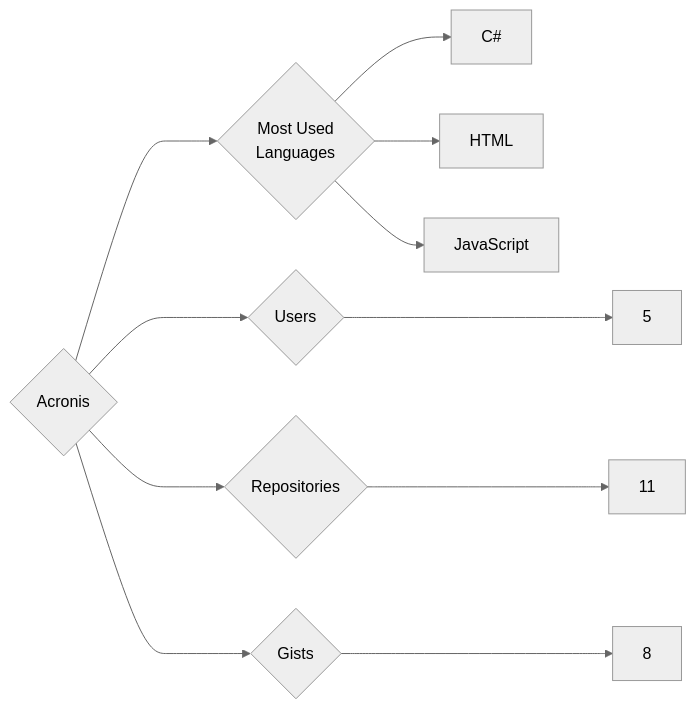
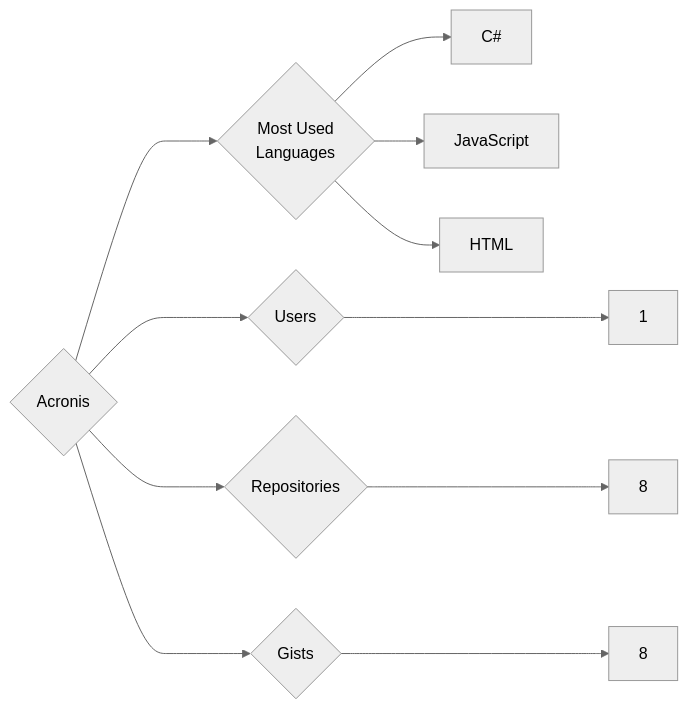
Before and after one commit to trickest/insiders: the diagram in targets/Acronis/README.md, drawn with Mermaid (neutral theme). The commit also changed 693 other files, not shown here.

````diff
--- a/targets/Acronis/README.md
+++ b/targets/Acronis/README.md
@@ -3,11 +3,11 @@
 ```mermaid
 graph LR
 COMPANY_NAME{Acronis}
-COMPANY_NAME ---> U{Users} ---> UN[5]
-COMPANY_NAME ---> R{Repositories} ---> RN[11]
+COMPANY_NAME ---> U{Users} ---> UN[1]
+COMPANY_NAME ---> R{Repositories} ---> RN[8]
 COMPANY_NAME ---> G{Gists} ---> GN[8]
 COMPANY_NAME ---> ML{Most Used<br>Languages}
 ML --> C#[C#]
+ML --> JavaScript[JavaScript]
 ML --> HTML[HTML]
-ML --> JavaScript[JavaScript]
 ```
````
